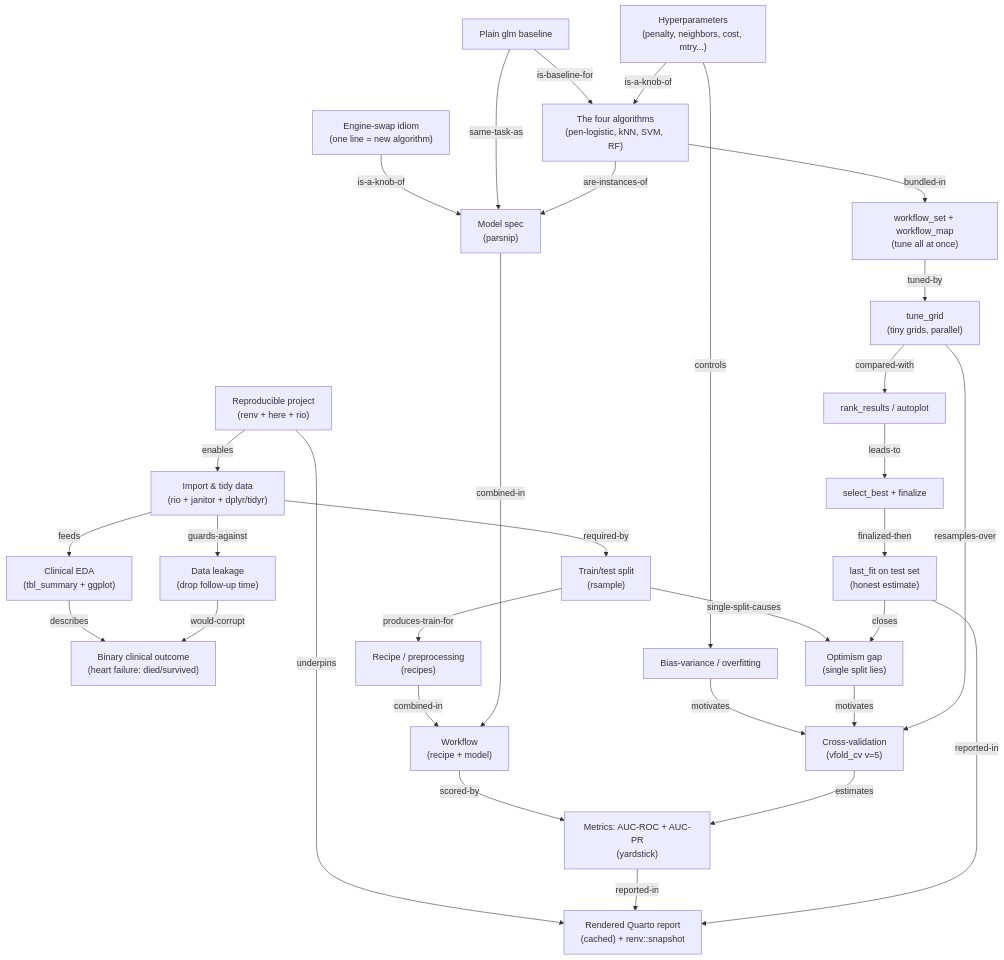
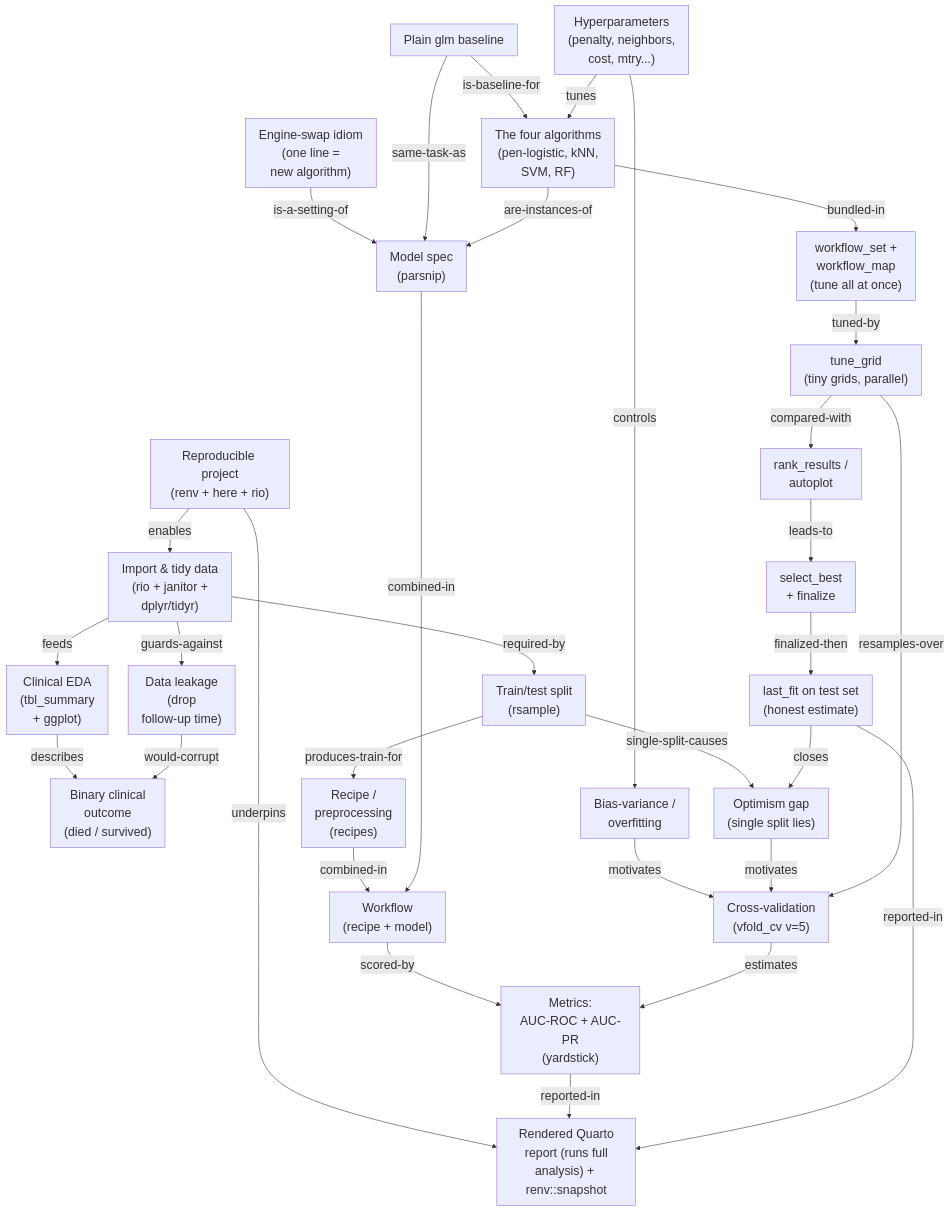
The diagram in slides/workshops/mlt-r-basic/concept-graph.mmd (CorradoLanera/mlt-overview), drawn with Mermaid before and after one commit. The commit also changed 3 other files, not shown here.

```diff
--- a/slides/workshops/mlt-r-basic/concept-graph.mmd
+++ b/slides/workshops/mlt-r-basic/concept-graph.mmd
@@ -1,55 +1,56 @@
+%%{init: {'themeVariables': {'fontSize': '22px'}, 'flowchart': {'nodeSpacing': 36, 'rankSpacing': 46, 'padding': 12}}}%%
 flowchart TD
   PROJ["Reproducible project<br/>(renv + here + rio)"]
-  IMPORT["Import & tidy data<br/>(rio + janitor + dplyr/tidyr)"]
-  LEAK["Data leakage<br/>(drop follow-up time)"]
-  EDA["Clinical EDA<br/>(tbl_summary + ggplot)"]
-  OUT["Binary clinical outcome<br/>(heart failure: died/survived)"]
+  IMPORT["Import & tidy data<br/>(rio + janitor +<br/>dplyr/tidyr)"]
+  LEAK["Data leakage<br/>(drop<br/>follow-up time)"]
+  EDA["Clinical EDA<br/>(tbl_summary<br/>+ ggplot)"]
+  OUT["Binary clinical<br/>outcome<br/>(died / survived)"]
   SPLIT["Train/test split<br/>(rsample)"]
-  RECIPE["Recipe / preprocessing<br/>(recipes)"]
+  RECIPE["Recipe /<br/>preprocessing<br/>(recipes)"]
   MODEL["Model spec<br/>(parsnip)"]
-  ENGINE["Engine-swap idiom<br/>(one line = new algorithm)"]
+  ENGINE["Engine-swap idiom<br/>(one line =<br/>new algorithm)"]
   WF["Workflow<br/>(recipe + model)"]
-  METRIC["Metrics: AUC-ROC + AUC-PR<br/>(yardstick)"]
+  METRIC["Metrics:<br/>AUC-ROC + AUC-PR<br/>(yardstick)"]
   GLM["Plain glm baseline"]
-  ALGOS["The four algorithms<br/>(pen-logistic, kNN, SVM, RF)"]
-  PARAM["Hyperparameters<br/>(penalty, neighbors, cost, mtry...)"]
-  BV["Bias-variance / overfitting"]
+  ALGOS["The four algorithms<br/>(pen-logistic, kNN,<br/>SVM, RF)"]
+  PARAM["Hyperparameters<br/>(penalty, neighbors,<br/>cost, mtry...)"]
+  BV["Bias-variance /<br/>overfitting"]
   CV["Cross-validation<br/>(vfold_cv v=5)"]
   OPT["Optimism gap<br/>(single split lies)"]
-  WFSET["workflow_set + workflow_map<br/>(tune all at once)"]
+  WFSET["workflow_set +<br/>workflow_map<br/>(tune all at once)"]
   TUNE["tune_grid<br/>(tiny grids, parallel)"]
-  COMPARE["rank_results / autoplot"]
-  BEST["select_best + finalize"]
+  COMPARE["rank_results /<br/>autoplot"]
+  BEST["select_best<br/>+ finalize"]
   LASTFIT["last_fit on test set<br/>(honest estimate)"]
-  REPORT["Rendered Quarto report<br/>(cached) + renv::snapshot"]
+  REPORT["Rendered Quarto<br/>report (runs full<br/>analysis) + renv::snapshot"]
 
   PROJ -->|enables| IMPORT
   IMPORT -->|guards-against| LEAK
   IMPORT -->|feeds| EDA
   EDA -->|describes| OUT
   LEAK -->|would-corrupt| OUT
   PROJ -->|underpins| REPORT
   IMPORT -->|required-by| SPLIT
   SPLIT -->|produces-train-for| RECIPE
   RECIPE -->|combined-in| WF
   MODEL -->|combined-in| WF
-  ENGINE -->|is-a-knob-of| MODEL
+  ENGINE -->|is-a-setting-of| MODEL
   WF -->|scored-by| METRIC
   GLM -->|is-baseline-for| ALGOS
   GLM -->|same-task-as| MODEL
   ALGOS -->|are-instances-of| MODEL
-  PARAM -->|is-a-knob-of| ALGOS
+  PARAM -->|tunes| ALGOS
   PARAM -->|controls| BV
   BV -->|motivates| CV
   OPT -->|motivates| CV
   SPLIT -->|single-split-causes| OPT
   CV -->|estimates| METRIC
   ALGOS -->|bundled-in| WFSET
   WFSET -->|tuned-by| TUNE
   TUNE -->|resamples-over| CV
   TUNE -->|compared-with| COMPARE
   COMPARE -->|leads-to| BEST
   BEST -->|finalized-then| LASTFIT
   LASTFIT -->|closes| OPT
   METRIC -->|reported-in| REPORT
   LASTFIT -->|reported-in| REPORT
```
